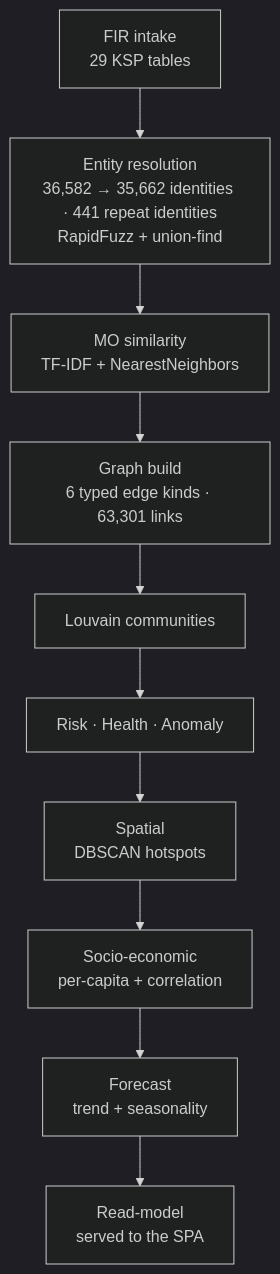
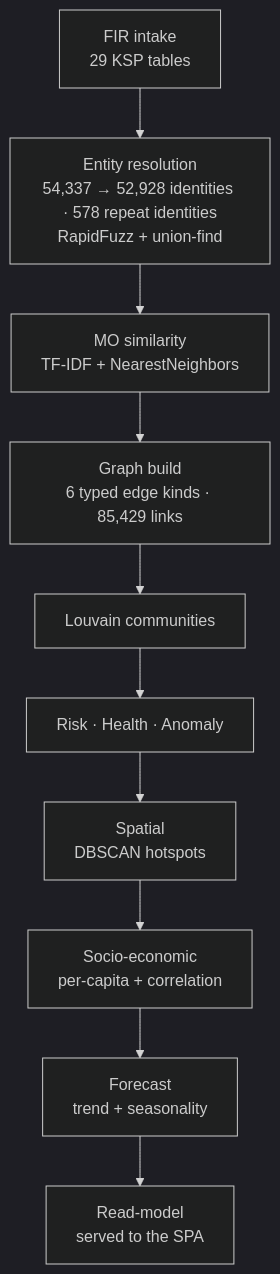
Before and after one commit to adarshcod30/Kadi: the third of 3 diagrams in README.md, drawn with Mermaid (dark theme). The commit also changed other lines of this file and 27 other files, not shown here.

````diff
--- a/README.md
+++ b/README.md
@@ -259,12 +264,12 @@
 ```mermaid
 flowchart TD
-    A["FIR intake<br/>29 KSP tables"] --> B["Entity resolution<br/>36,582 → 35,662 identities · 441 repeat identities<br/>RapidFuzz + union-find"]
+    A["FIR intake<br/>29 KSP tables"] --> B["Entity resolution<br/>54,337 → 52,928 identities · 578 repeat identities<br/>RapidFuzz + union-find"]
     B --> C["MO similarity<br/>TF-IDF + NearestNeighbors"]
-    C --> D["Graph build<br/>6 typed edge kinds · 63,301 links"]
+    C --> D["Graph build<br/>6 typed edge kinds · 85,429 links"]
     D --> E["Louvain communities"]
     E --> F["Risk · Health · Anomaly"]
     F --> G["Spatial<br/>DBSCAN hotspots"]
     G --> H["Socio-economic<br/>per-capita + correlation"]
     H --> I["Forecast<br/>trend + seasonality"]
     I --> J["Read-model<br/>served to the SPA"]
 ```
````
